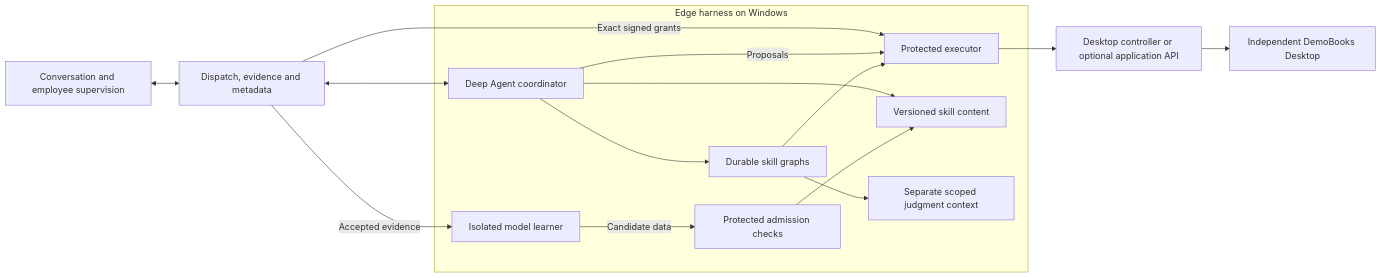
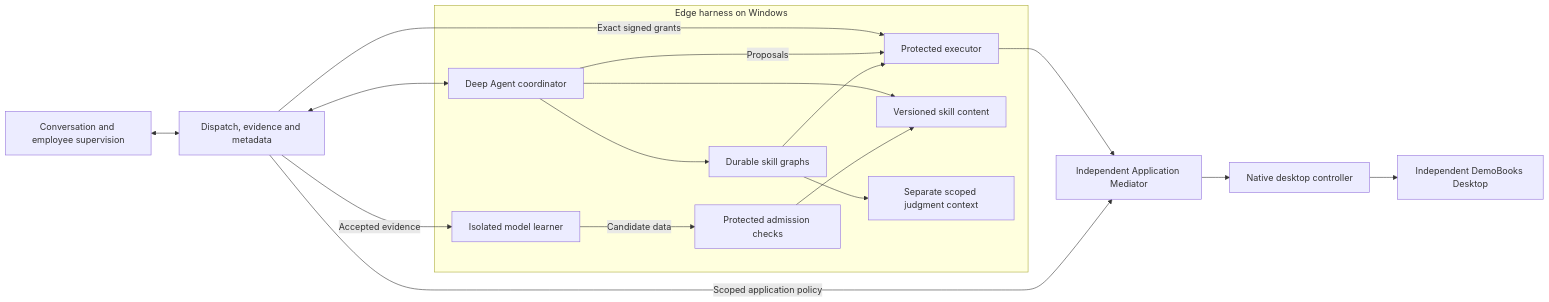
The diagram in README.md (philip-roy-jones/enterprise-agent-system), drawn with Mermaid before and after one commit. The commit also changed other lines of this file and 42 other files, not shown here.

Commit message:
Add independent application mediator for DemoBooks

````diff
--- a/README.md
+++ b/README.md
@@ -116,18 +116,20 @@
 ```mermaid
 flowchart LR
     Staff[Conversation and employee supervision] <--> Server[Dispatch, evidence and metadata]
     Server <--> Agent
     Server -->|Exact signed grants| Authority
     subgraph Edge[Edge harness on Windows]
         Agent[Deep Agent coordinator] --> Skills[Versioned skill content]
         Agent --> Graph[Durable skill graphs]
         Agent -->|Proposals| Authority[Protected executor]
         Graph --> Authority
         Graph --> Judgment[Separate scoped judgment context]
         Learner[Isolated model learner] -->|Candidate data| Checks[Protected admission checks]
         Checks --> Skills
     end
-    Authority --> Controller[Desktop controller or optional application API]
+    Authority --> Mediator[Independent Application Mediator]
+    Server -->|Scoped application policy| Mediator
+    Mediator --> Controller[Native desktop controller]
     Controller --> DemoBooks[Independent DemoBooks Desktop]
     Server -->|Accepted evidence| Learner
 ```
````
